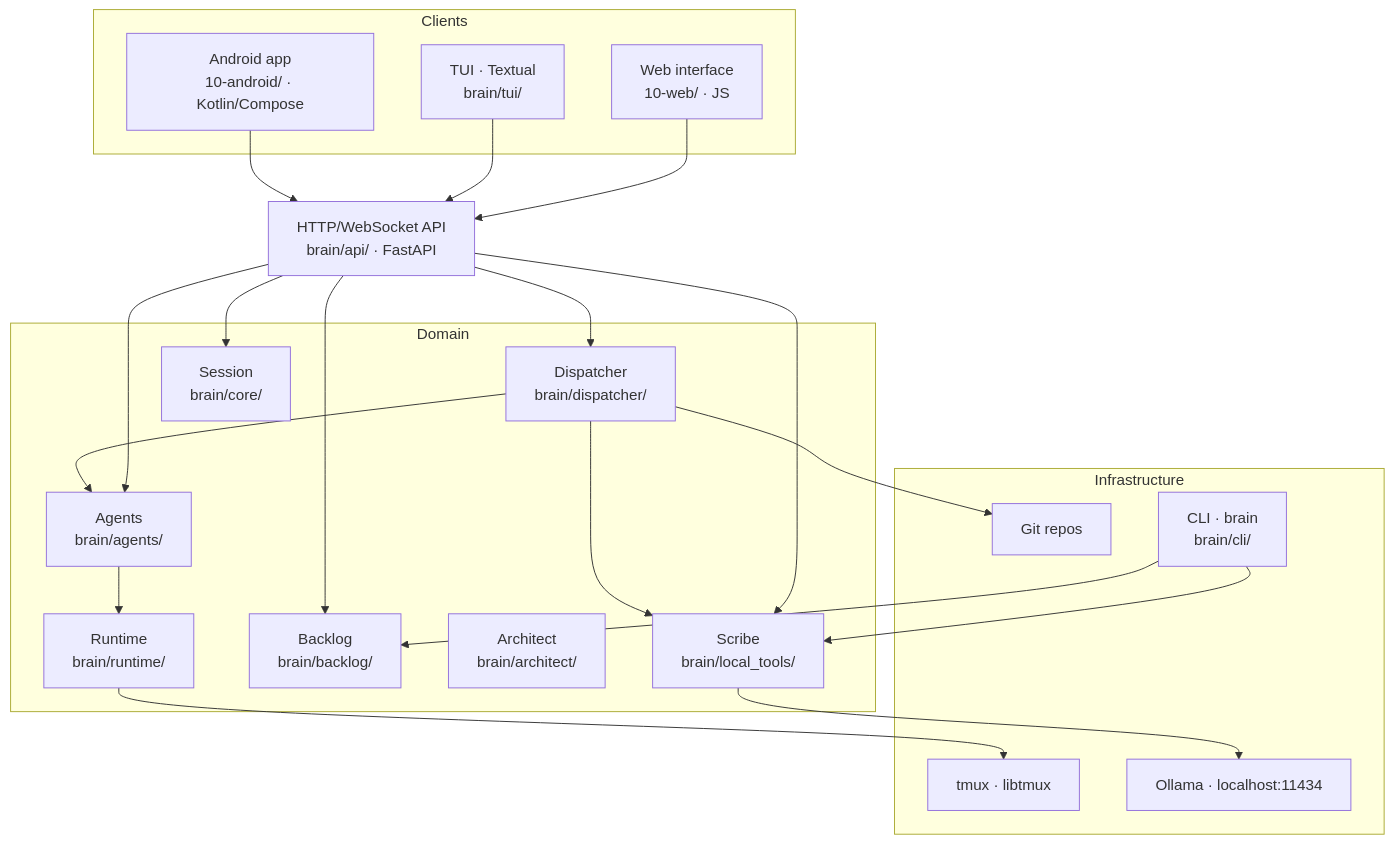
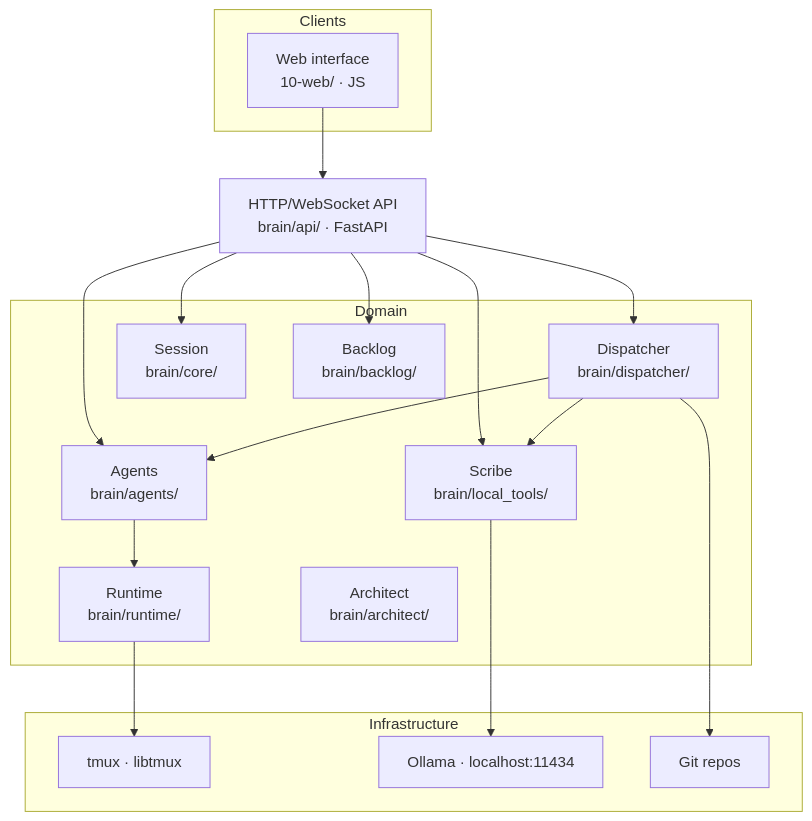
Before and after one commit to Yokosillo/atlas-forge: the diagram in docs/architecture.md, drawn with Mermaid. The commit also changed other lines of this file and 106 other files, not shown here.

First line of the commit message:
Archive TUI and Android app (tag archive/tui-android-2026-08-18)

````diff
--- a/docs/architecture.md
+++ b/docs/architecture.md
@@ -13,44 +13,37 @@
 ```mermaid
 graph TD
     subgraph Clients
         WEB[Web interface<br/>10-web/ · JS]
-        TUI[TUI · Textual<br/>brain/tui/]
-        AND[Android app<br/>10-android/ · Kotlin/Compose]
     end
 
     API[HTTP/WebSocket API<br/>brain/api/ · FastAPI]
 
     subgraph Domain
         DISP[Dispatcher<br/>brain/dispatcher/]
         AGENTS[Agents<br/>brain/agents/]
         CORE[Session<br/>brain/core/]
         RUNTIME[Runtime<br/>brain/runtime/]
         BACKLOG[Backlog<br/>brain/backlog/]
         ARCH[Architect<br/>brain/architect/]
         SCRIBE[Scribe<br/>brain/local_tools/]
     end
 
     subgraph Infrastructure
         TMUX[tmux · libtmux]
         OLLAMA[Ollama · localhost:11434]
         GIT[Git repos]
-        CLIS[CLI · brain<br/>brain/cli/]
     end
 
     WEB --> API
-    TUI --> API
-    AND --> API
     API --> DISP
     API --> AGENTS
     API --> CORE
     API --> BACKLOG
     API --> SCRIBE
     DISP --> AGENTS
     DISP --> SCRIBE
     AGENTS --> RUNTIME
     RUNTIME --> TMUX
     SCRIBE --> OLLAMA
     DISP --> GIT
-    CLIS --> BACKLOG
-    CLIS --> SCRIBE
 ```
````
